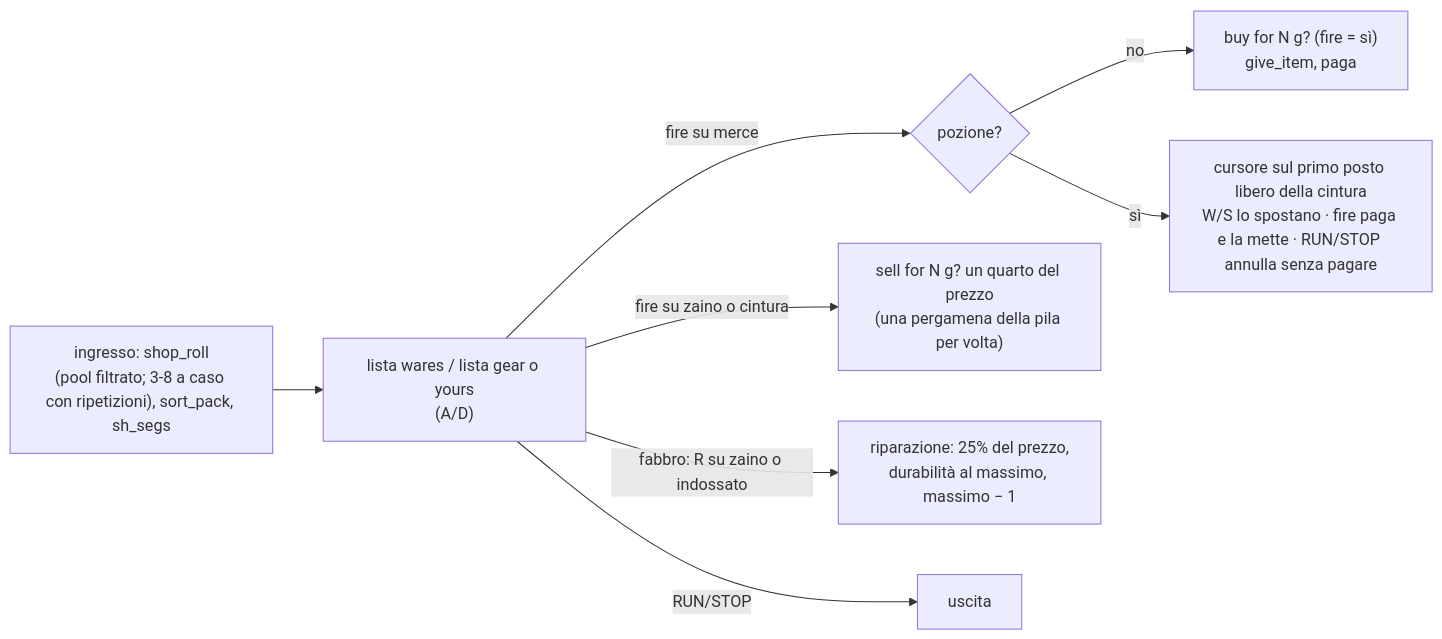
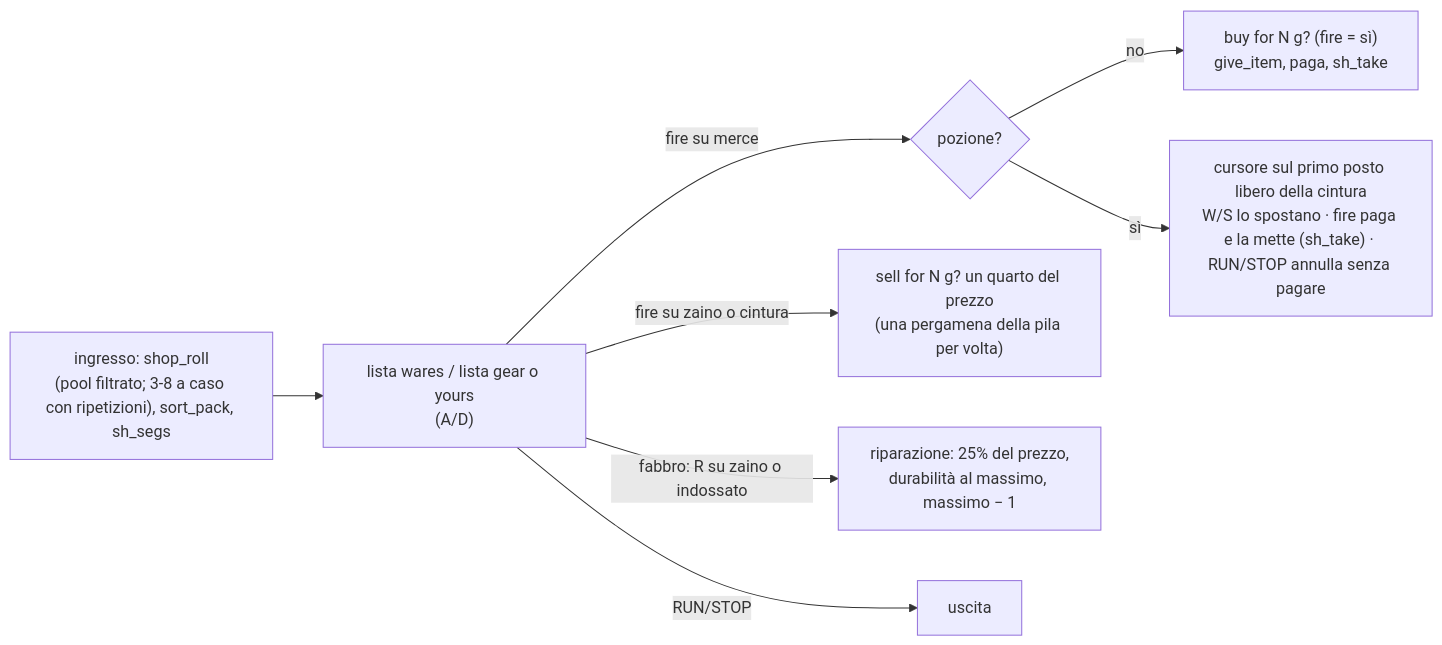
Before and after one commit to caporalesimone/barbarian-the-blood-path: the second of 2 diagrams in docs/wiki/villaggio.md, drawn with Mermaid. The commit also changed other lines of this file and 5 other files, not shown here.

````diff
--- a/docs/wiki/villaggio.md
+++ b/docs/wiki/villaggio.md
@@ -280,10 +280,10 @@
 ```mermaid
 flowchart LR
     E["ingresso: shop_roll<br/>(pool filtrato; 3-8 a caso con ripetizioni), sort_pack, sh_segs"] --> N["lista wares / lista gear o yours<br/>(A/D)"]
     N -->|"fire su merce"| BUY{"pozione?"}
-    BUY -->|no| ASK["buy for N g? (fire = sì)<br/>give_item, paga"]
-    BUY -->|sì| SLOT["cursore sul primo posto libero della cintura<br/>W/S lo spostano · fire paga e la mette · RUN/STOP annulla senza pagare"]
+    BUY -->|no| ASK["buy for N g? (fire = sì)<br/>give_item, paga, sh_take"]
+    BUY -->|sì| SLOT["cursore sul primo posto libero della cintura<br/>W/S lo spostano · fire paga e la mette (sh_take) · RUN/STOP annulla senza pagare"]
     N -->|"fire su zaino o cintura"| SELL["sell for N g? un quarto del prezzo<br/>(una pergamena della pila per volta)"]
     N -->|"fabbro: R su zaino o indossato"| REP["riparazione: 25% del prezzo,<br/>durabilità al massimo, massimo − 1"]
     N -->|RUN/STOP| X["uscita"]
 ```
````
